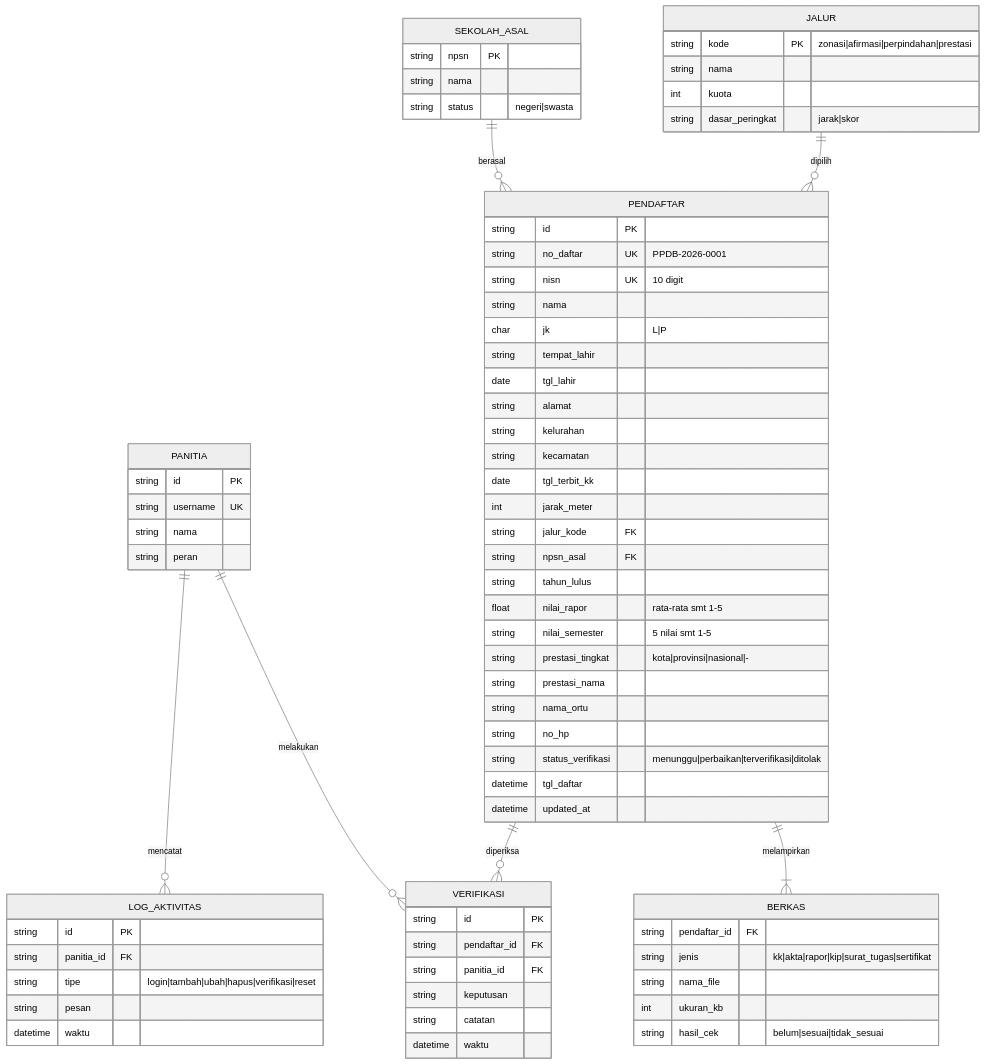
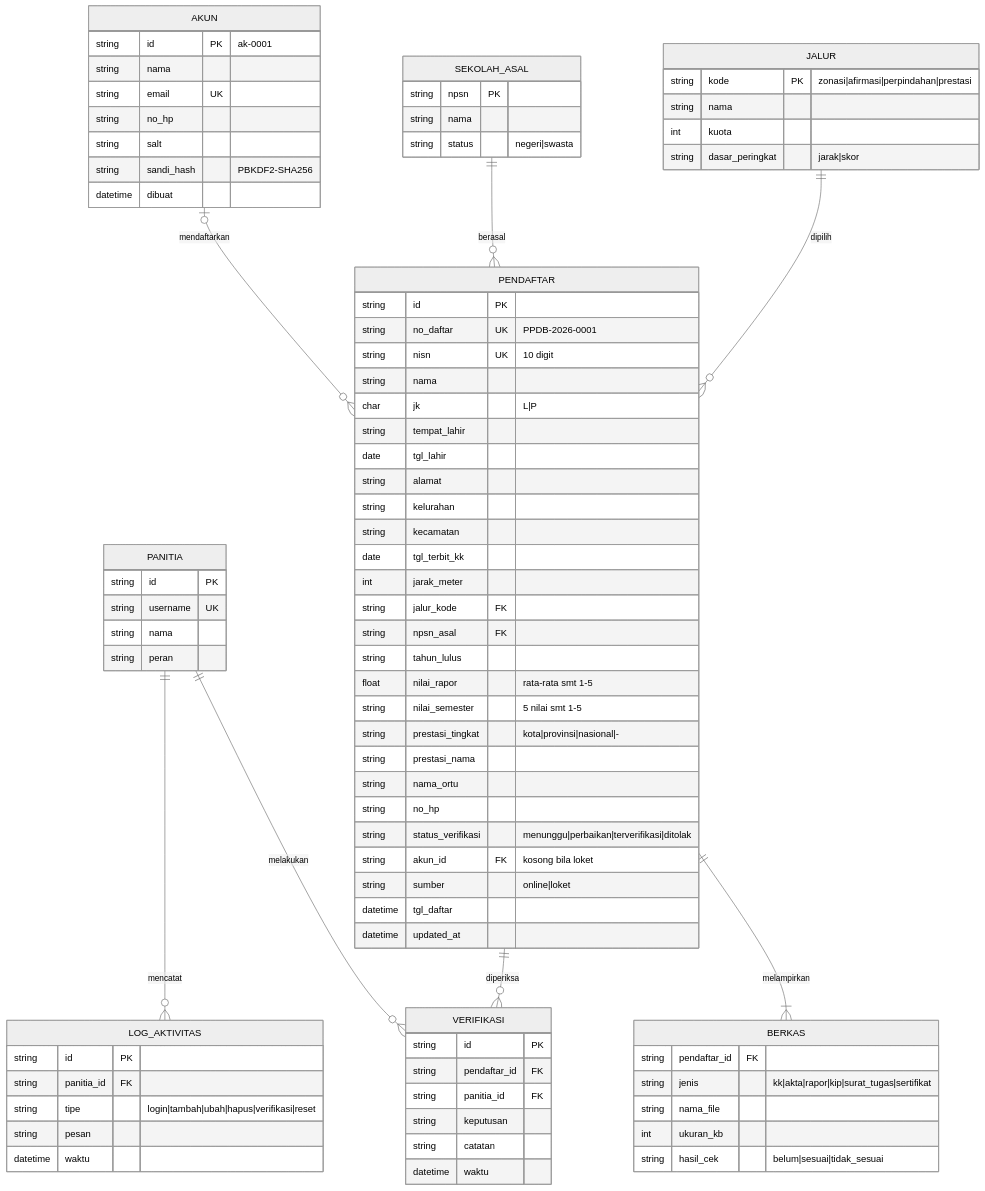
Before and after one commit to nurdinrhk-design/PROGRAMWEB_2: the fourth of 6 diagrams in docs/perencanaan.md, drawn with Mermaid (neutral theme). The commit also changed other lines of this file and 32 other files, not shown here.

```diff
--- a/docs/perencanaan.md
+++ b/docs/perencanaan.md
@@ -317,6 +330,17 @@
     SEKOLAH_ASAL ||--o{ PENDAFTAR : berasal
     PENDAFTAR ||--|{ BERKAS : melampirkan
     PENDAFTAR ||--o{ VERIFIKASI : diperiksa
+    AKUN |o--o{ PENDAFTAR : mendaftarkan
+
+    AKUN {
+        string id PK "ak-0001"
+        string nama
+        string email UK
+        string no_hp
+        string salt
+        string sandi_hash "PBKDF2-SHA256"
+        datetime dibuat
+    }
 
     PANITIA {
         string id PK
@@ -358,6 +382,8 @@
         string nama_ortu
         string no_hp
         string status_verifikasi "menunggu|perbaikan|terverifikasi|ditolak"
+        string akun_id FK "kosong bila loket"
+        string sumber "online|loket"
         datetime tgl_daftar
         datetime updated_at
     }
```
